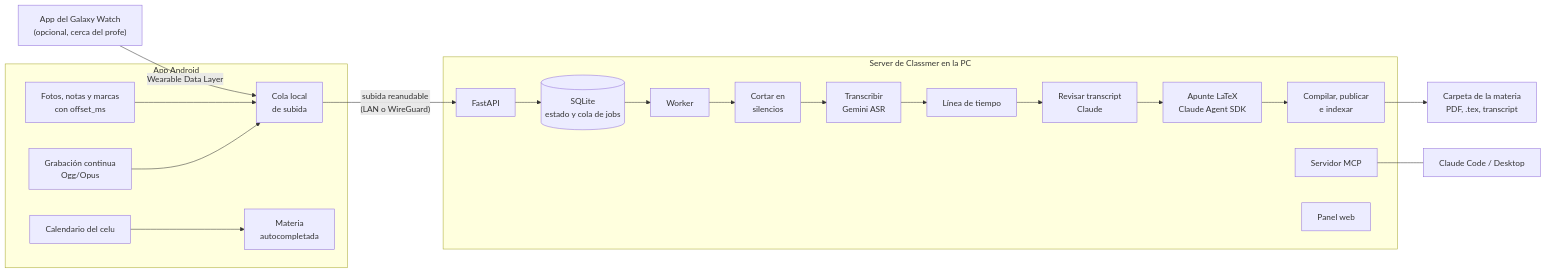
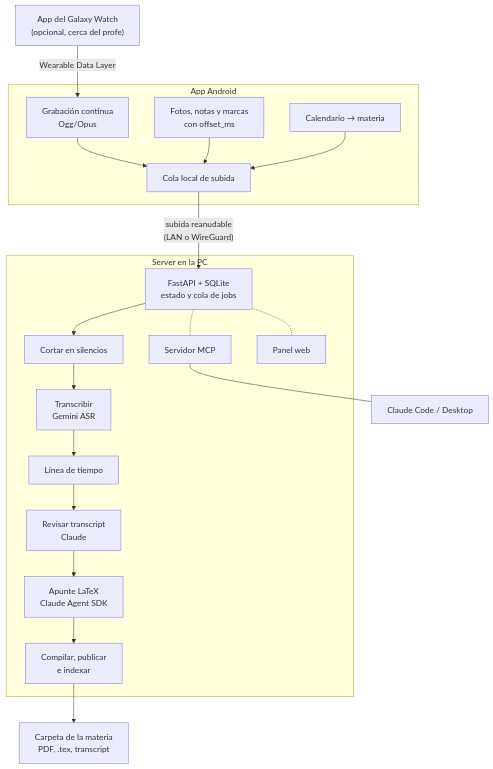
The diagram in README.es.md (BufSio/classmer), drawn with Mermaid before and after one commit. The commit also changed 1 other file, not shown here.

Commit message:
README: el diagrama en vertical, para que se lea en GitHub

````diff
--- a/README.es.md
+++ b/README.es.md
@@ -30,19 +30,27 @@
 ```mermaid
-flowchart LR
+flowchart TB
+  RELOJ["App del Galaxy Watch<br/>(opcional, cerca del profe)"]
   subgraph Celular["App Android"]
-    REC["Grabación continua<br/>Ogg/Opus"] --> COLA["Cola local<br/>de subida"]
-    EVT["Fotos, notas y marcas<br/>con offset_ms"] --> COLA
-    CAL["Calendario del celu"] --> MAT["Materia<br/>autocompletada"]
+    REC["Grabación continua<br/>Ogg/Opus"]
+    EVT["Fotos, notas y marcas<br/>con offset_ms"]
+    CAL["Calendario → materia"]
+    COLA["Cola local de subida"]
+    REC --> COLA
+    EVT --> COLA
+    CAL --> COLA
   end
-  RELOJ["App del Galaxy Watch<br/>(opcional, cerca del profe)"] -- "Wearable Data Layer" --> COLA
+  RELOJ -- "Wearable Data Layer" --> REC
   COLA -- "subida reanudable<br/>(LAN o WireGuard)" --> API
-  subgraph PC["Server de Classmer en la PC"]
-    API["FastAPI"] --> DB[("SQLite<br/>estado y cola de jobs")]
-    DB --> WK["Worker"]
-    WK --> SEG["Cortar en<br/>silencios"] --> ASR["Transcribir<br/>Gemini ASR"] --> TL["Línea de tiempo"] --> REV["Revisar transcript<br/>Claude"] --> AP["Apunte LaTeX<br/>Claude Agent SDK"] --> PUB["Compilar, publicar<br/>e indexar"]
-    MCPS["Servidor MCP"]
-    PANEL["Panel web"]
+  subgraph PC["Server en la PC"]
+    API["FastAPI + SQLite<br/>estado y cola de jobs"] --> SEG["Cortar en silencios"]
+    SEG --> ASR["Transcribir<br/>Gemini ASR"]
+    ASR --> TL["Línea de tiempo"]
+    TL --> REV["Revisar transcript<br/>Claude"]
+    REV --> AP["Apunte LaTeX<br/>Claude Agent SDK"]
+    AP --> PUB["Compilar, publicar<br/>e indexar"]
+    API -.- MCPS["Servidor MCP"]
+    API -.- PANEL["Panel web"]
   end
   PUB --> CARPETA["Carpeta de la materia<br/>PDF, .tex, transcript"]
   MCPS --- CLAUDE["Claude Code / Desktop"]
 ```
````
